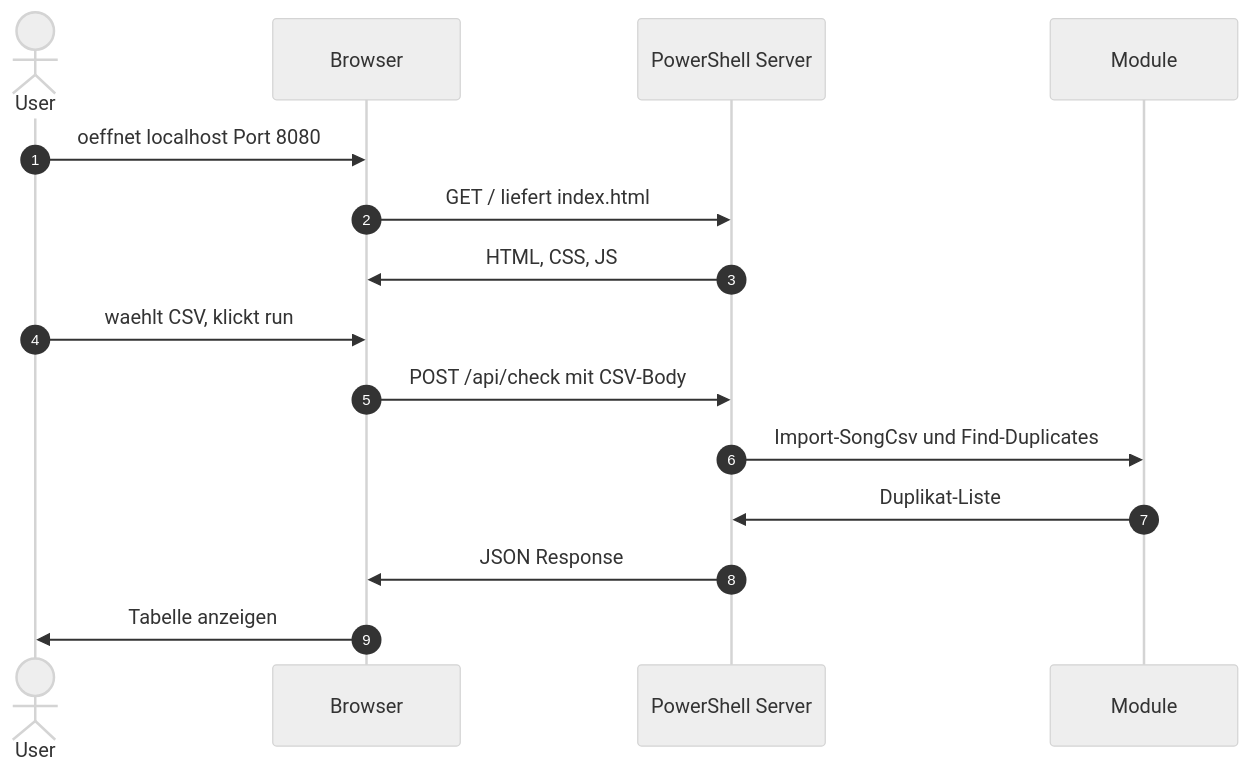
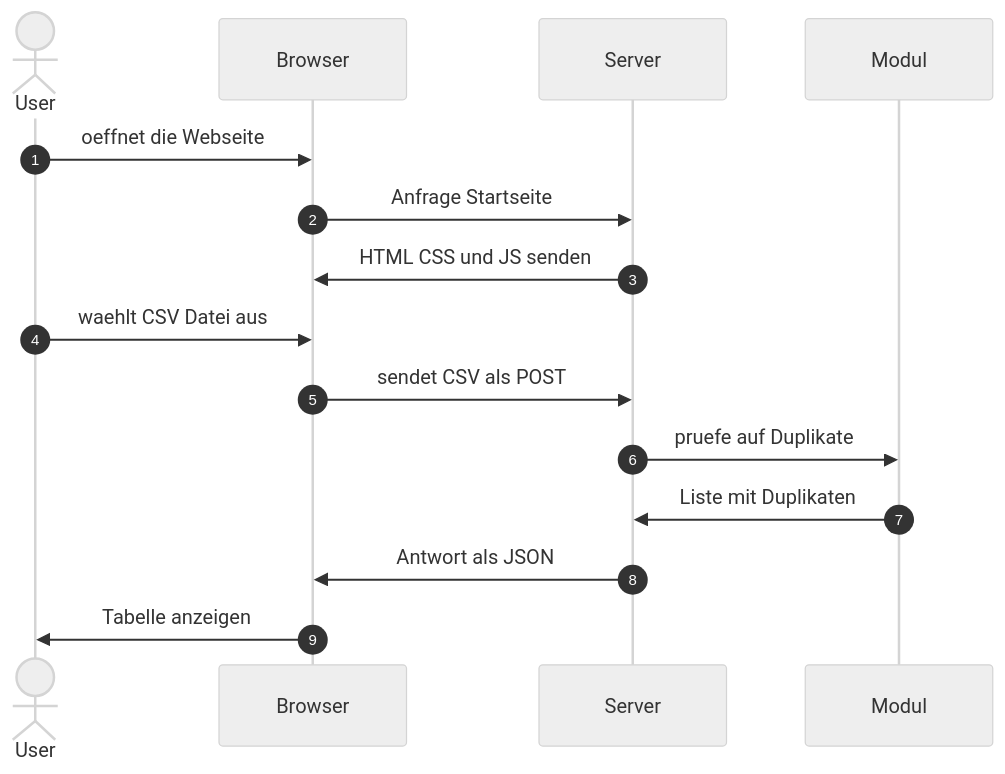
One commit to leandrosab/spotify-dup changed the sixth of 6 diagrams in anhang/flowchart.md. Above: the diagram before and after it, drawn with Mermaid (neutral theme). The commit also changed other lines of this file, not shown here.

Commit message:
Flowchart V.4

````diff
--- a/anhang/flowchart.md
+++ b/anhang/flowchart.md
@@ -150,18 +150,18 @@
 ```mermaid
 sequenceDiagram
     autonumber
     actor User
     participant Browser
-    participant Server as PowerShell Server
-    participant Mod as Module
+    participant Server
+    participant Modul
 
-    User->>Browser: oeffnet localhost Port 8080
-    Browser->>Server: GET / liefert index.html
-    Server->>Browser: HTML, CSS, JS
-    User->>Browser: waehlt CSV, klickt run
-    Browser->>Server: POST /api/check mit CSV-Body
-    Server->>Mod: Import-SongCsv und Find-Duplicates
-    Mod->>Server: Duplikat-Liste
-    Server->>Browser: JSON Response
+    User->>Browser: oeffnet die Webseite
+    Browser->>Server: Anfrage Startseite
+    Server->>Browser: HTML CSS und JS senden
+    User->>Browser: waehlt CSV Datei aus
+    Browser->>Server: sendet CSV als POST
+    Server->>Modul: pruefe auf Duplikate
+    Modul->>Server: Liste mit Duplikaten
+    Server->>Browser: Antwort als JSON
     Browser->>User: Tabelle anzeigen
 ```
````
